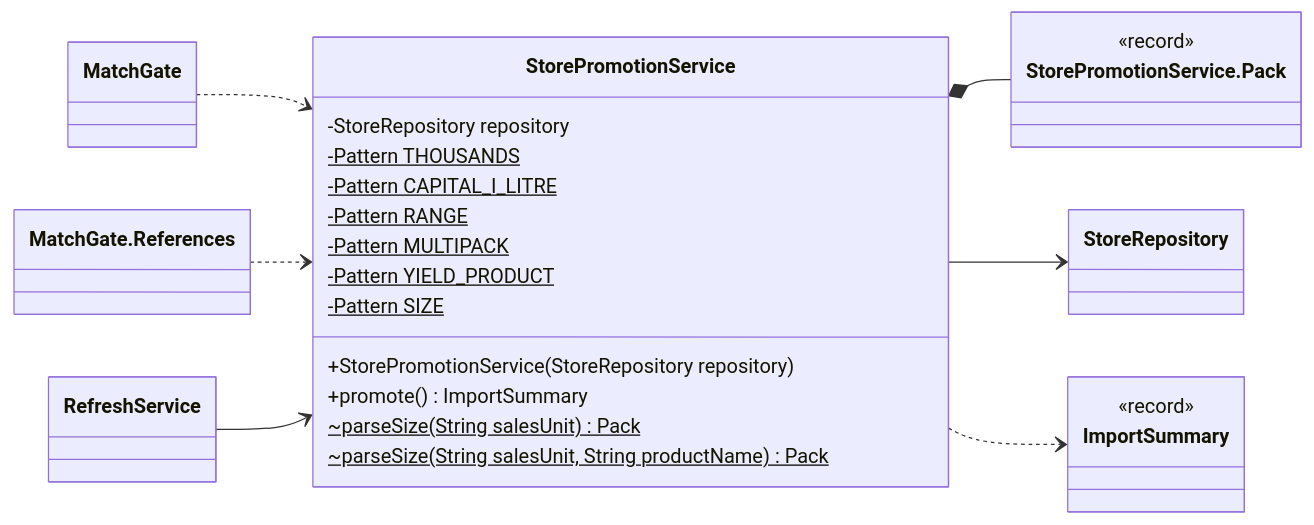
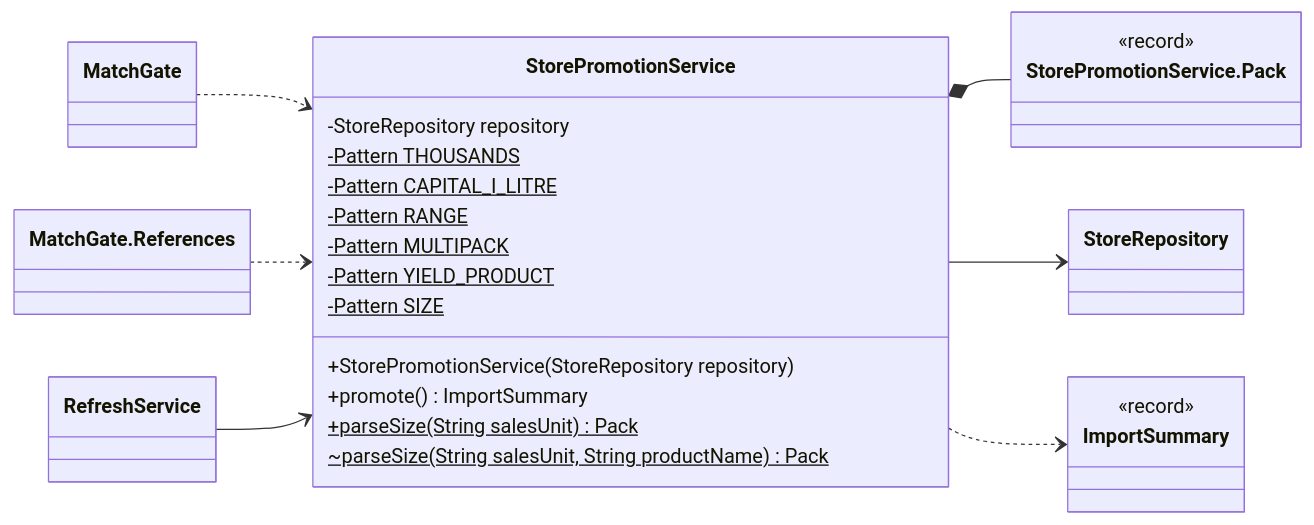
One commit to Nate-ryan-7690/dahaem changed diagram 45 of 48 in docs/classes/stores.md. Above: the diagram before and after it, drawn with Mermaid. The commit also changed other lines of this file and 7 other files, not shown here.

````diff
--- a/docs/classes/stores.md
+++ b/docs/classes/stores.md
@@ -2296,33 +2296,33 @@
 ```mermaid
 classDiagram
     direction LR
     class stores_StorePromotionService["StorePromotionService"] {
         -StoreRepository repository
         +StorePromotionService(StoreRepository repository)
         -Pattern THOUSANDS$
         -Pattern CAPITAL_I_LITRE$
         -Pattern RANGE$
         -Pattern MULTIPACK$
         -Pattern YIELD_PRODUCT$
         -Pattern SIZE$
         +promote() ImportSummary
-        ~parseSize(String salesUnit) Pack$
+        +parseSize(String salesUnit) Pack$
         ~parseSize(String salesUnit, String productName) Pack$
     }
     class stores_StorePromotionService_Pack["StorePromotionService.Pack"] {
         <<record>>
     }
     class stores_StoreRepository["StoreRepository"]
     class stores_RefreshService["RefreshService"]
     class stores_ImportSummary["ImportSummary"] {
         <<record>>
     }
     class stores_MatchGate["MatchGate"]
     class stores_MatchGate_References["MatchGate.References"]
     stores_StorePromotionService *-- stores_StorePromotionService_Pack
     stores_StorePromotionService --> stores_StoreRepository
     stores_StorePromotionService ..> stores_ImportSummary
     stores_MatchGate ..> stores_StorePromotionService
     stores_MatchGate_References ..> stores_StorePromotionService
     stores_RefreshService --> stores_StorePromotionService
 ```
````
